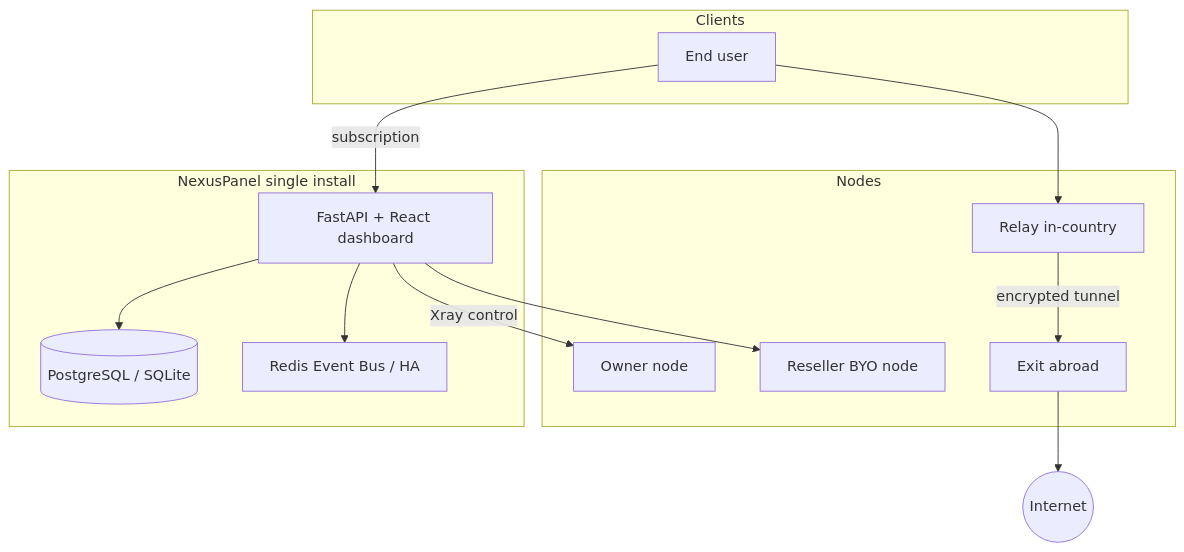
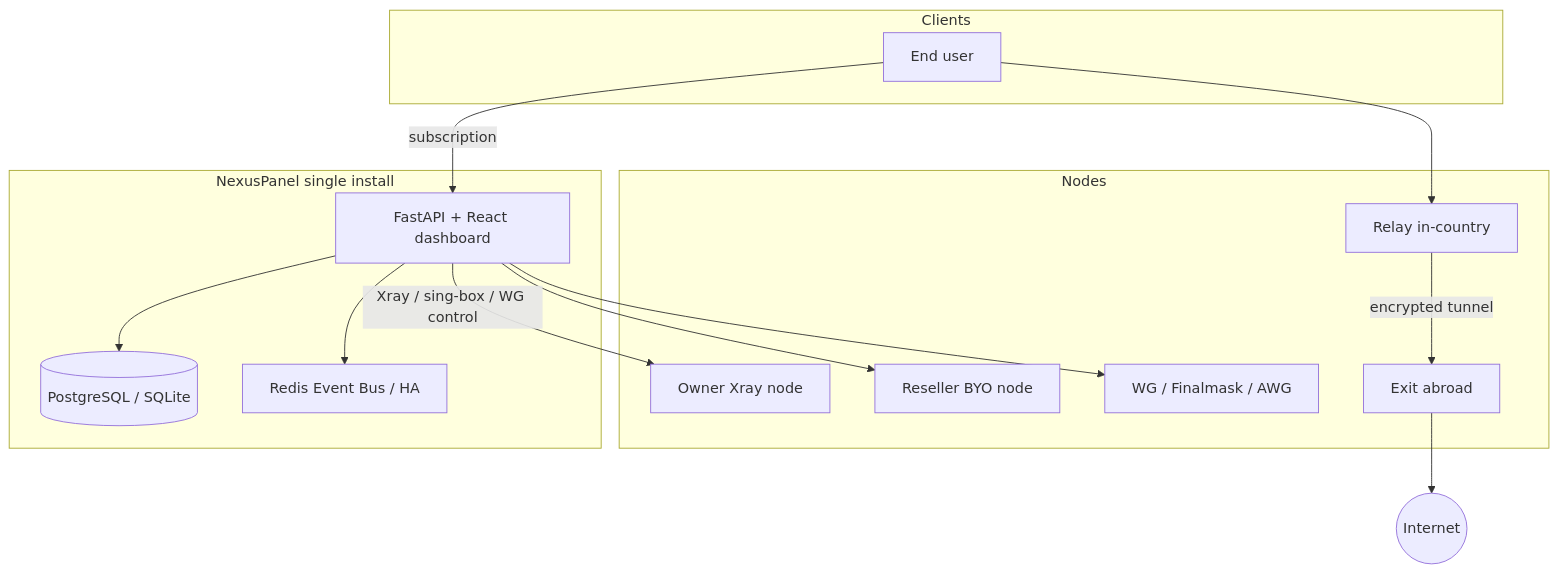
One commit to KhaJehAmiri/Shahkarpanel changed the diagram in README.md. Above: the diagram before and after it, drawn with Mermaid. The commit also changed other lines of this file and 3 other files, not shown here.

````diff
--- a/README.md
+++ b/README.md
@@ -87,28 +92,30 @@
 ```mermaid
 flowchart TB
   subgraph clients [Clients]
     U[End user]
   end
 
   subgraph panel [NexusPanel single install]
     API[FastAPI + React dashboard]
     DB[(PostgreSQL / SQLite)]
     R[Redis Event Bus / HA]
     API --> DB
     API --> R
   end
 
   subgraph nodes [Nodes]
-    N1[Owner node]
+    N1[Owner Xray node]
     N2[Reseller BYO node]
     NR[Relay in-country]
     NE[Exit abroad]
+    WG[WG / Finalmask / AWG]
   end
 
   U -->|subscription| API
-  API -->|Xray control| N1
+  API -->|Xray / sing-box / WG control| N1
   API --> N2
+  API --> WG
   U --> NR
   NR -->|encrypted tunnel| NE
   NE --> Internet((Internet))
 ```
````
